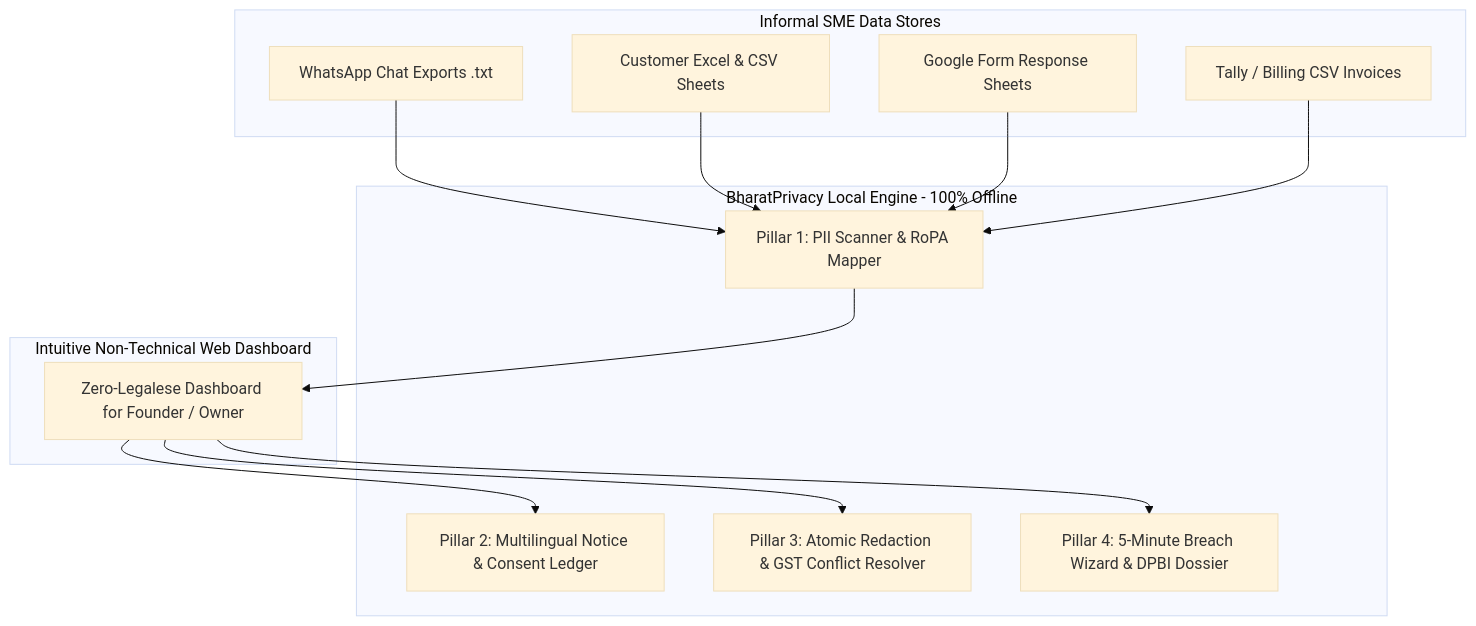
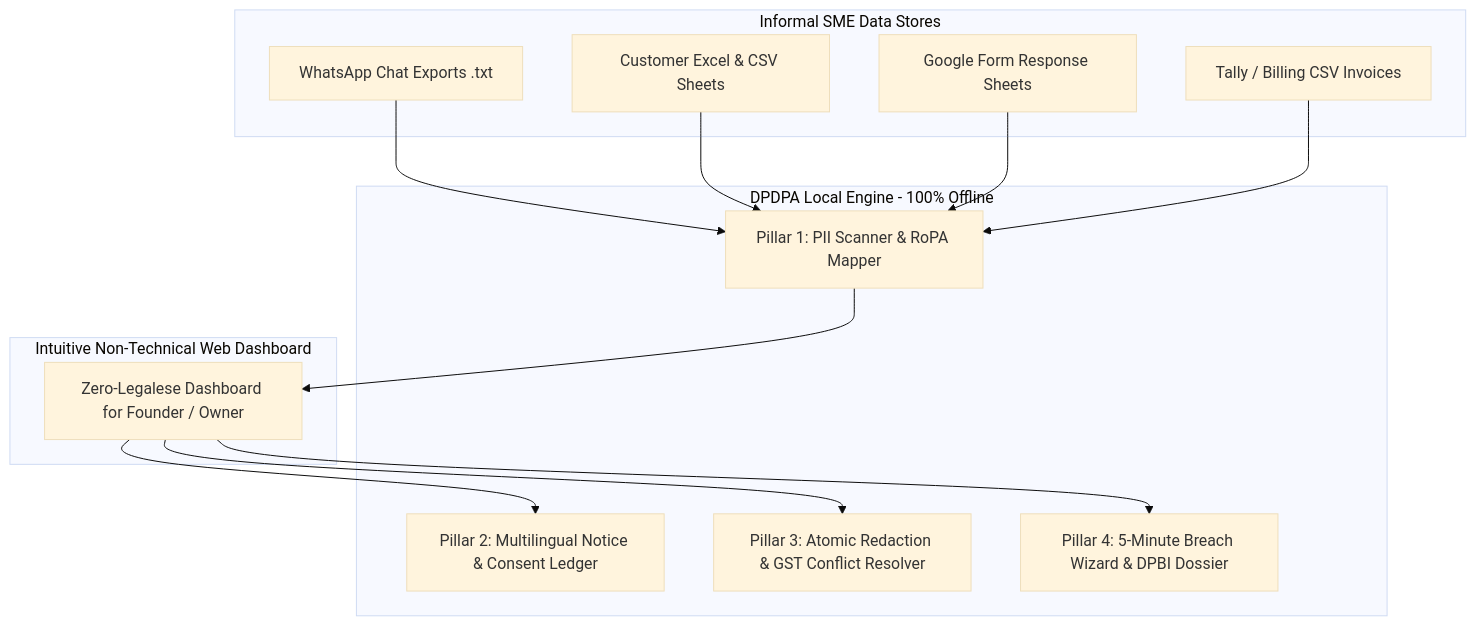
One commit to Chandrashekhar260/codeplay changed the diagram in README.md. Above: the diagram before and after it, drawn with Mermaid (base theme). The commit also changed other lines of this file, not shown here.

Commit message:
Rename project to DPDPA for Small Business

````diff
--- a/README.md
+++ b/README.md
@@ -27,24 +27,24 @@
 ```mermaid
 graph TB
     subgraph InformalSources [Informal SME Data Stores]
         W[WhatsApp Chat Exports .txt]
         E[Customer Excel & CSV Sheets]
         G[Google Form Response Sheets]
         B[Tally / Billing CSV Invoices]
     end
 
-    subgraph CoreEngine [BharatPrivacy Local Engine - 100% Offline]
+    subgraph CoreEngine [DPDPA Local Engine - 100% Offline]
         P1[Pillar 1: PII Scanner & RoPA Mapper]
         P2[Pillar 2: Multilingual Notice & Consent Ledger]
         P3[Pillar 3: Atomic Redaction & GST Conflict Resolver]
         P4[Pillar 4: 5-Minute Breach Wizard & DPBI Dossier]
     end
 
     subgraph SMEUI [Intuitive Non-Technical Web Dashboard]
         D[Zero-Legalese Dashboard for Founder / Owner]
     end
 
     W & E & G & B --> P1
     P1 --> D
     D --> P2 & P3 & P4
 ```
````
